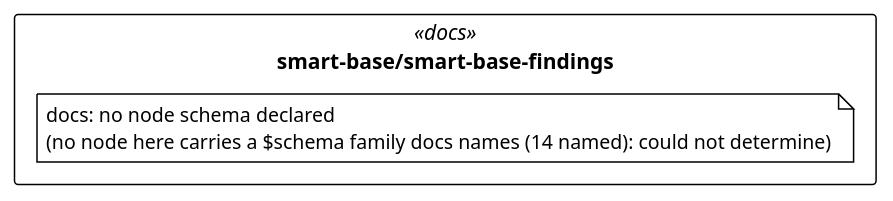
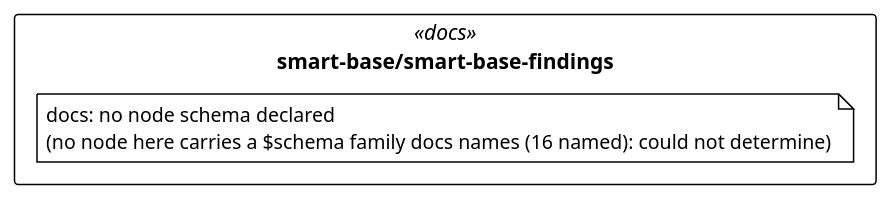
Before and after one commit to litlfred/cat-harness: the diagram in uml/overview/smart-base/smart-base-findings.puml, drawn with PlantUML. The commit also changed 404 other files, not shown here.

```diff
--- a/uml/overview/smart-base/smart-base-findings.puml
+++ b/uml/overview/smart-base/smart-base-findings.puml
@@ -3,13 +3,13 @@
 @startuml smart_base_smart_base_findings
 !pragma layout elk
 !theme plain
 skinparam classAttributeIconSize 0
 skinparam shadowing false
 skinparam packageStyle rectangle
 hide empty methods
 
 package "smart-base/smart-base-findings" as pkg_smart_base_smart_base_findings <<docs>> {
-  note "docs: no node schema declared\n(no node here carries a $schema family docs names (14 named): could not determine)" as n_smart_base_smart_base_findings_docs
+  note "docs: no node schema declared\n(no node here carries a $schema family docs names (16 named): could not determine)" as n_smart_base_smart_base_findings_docs
 }
 
 @enduml
```
